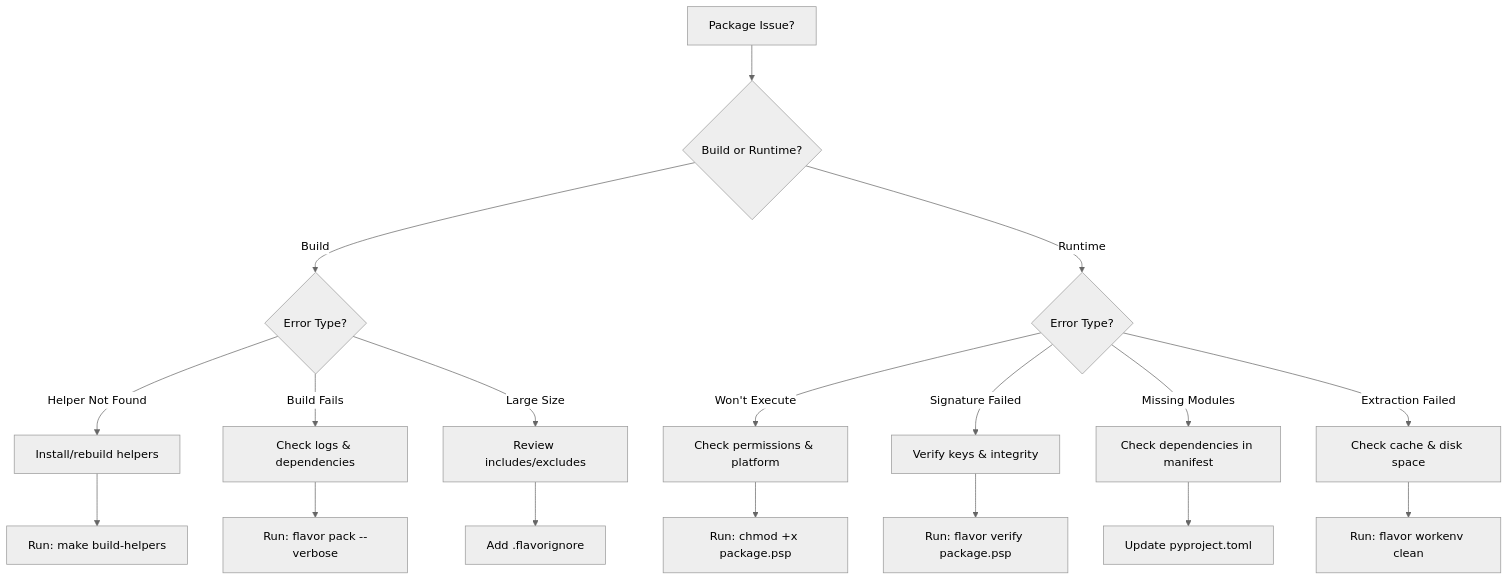
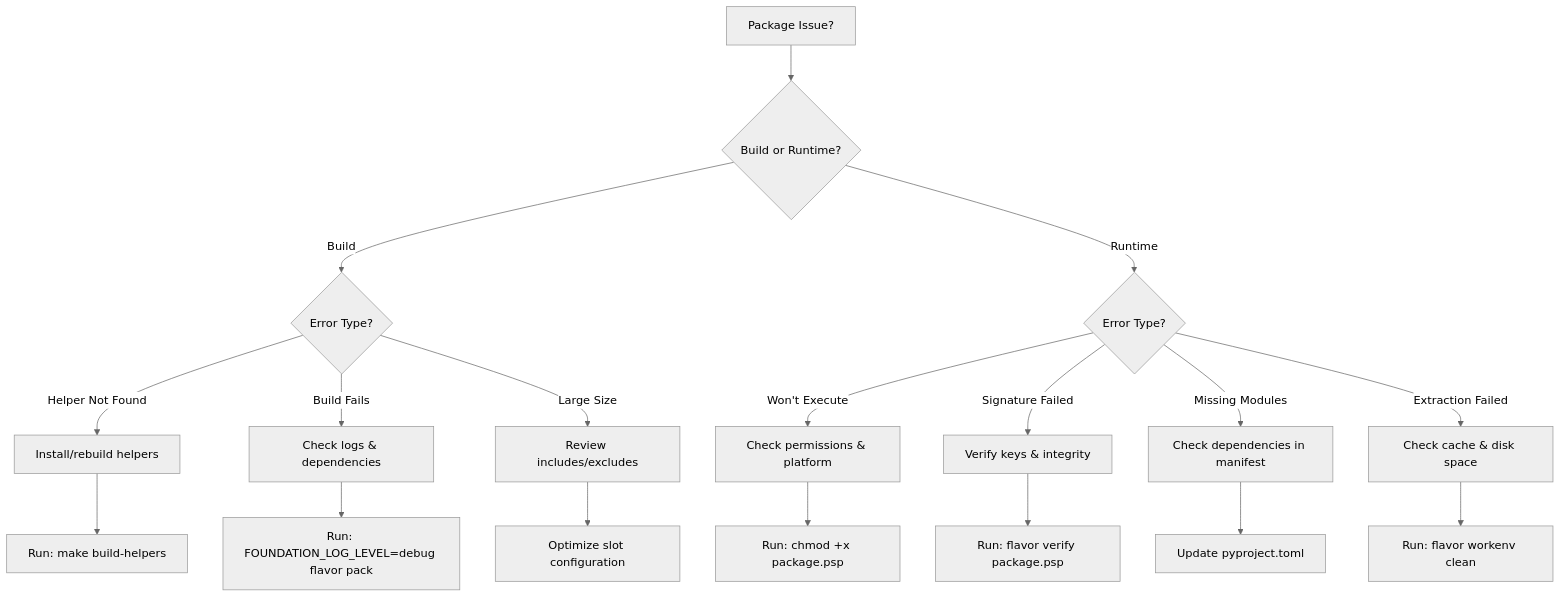
Before and after one commit to provide-io/flavorpack: the diagram in docs/troubleshooting/common.md, drawn with Mermaid (neutral theme). The commit also changed other lines of this file and 10 other files, not shown here.

````diff
--- a/docs/troubleshooting/common.md
+++ b/docs/troubleshooting/common.md
@@ -7,23 +7,23 @@
 ```mermaid
 graph TD
     A[Package Issue?] --> B{Build or Runtime?}
 
     B -->|Build| C{Error Type?}
     C -->|Helper Not Found| D[Install/rebuild helpers]
     C -->|Build Fails| E[Check logs & dependencies]
     C -->|Large Size| F[Review includes/excludes]
 
     B -->|Runtime| G{Error Type?}
     G -->|Won't Execute| H[Check permissions & platform]
     G -->|Signature Failed| I[Verify keys & integrity]
     G -->|Missing Modules| J[Check dependencies in manifest]
     G -->|Extraction Failed| K[Check cache & disk space]
 
     D --> L[Run: make build-helpers]
-    E --> M[Run: flavor pack --verbose]
-    F --> N[Add .flavorignore]
+    E --> M[Run: FOUNDATION_LOG_LEVEL=debug flavor pack]
+    F --> N[Optimize slot configuration]
     H --> O[Run: chmod +x package.psp]
     I --> P[Run: flavor verify package.psp]
     J --> Q[Update pyproject.toml]
     K --> R[Run: flavor workenv clean]
 ```
````
